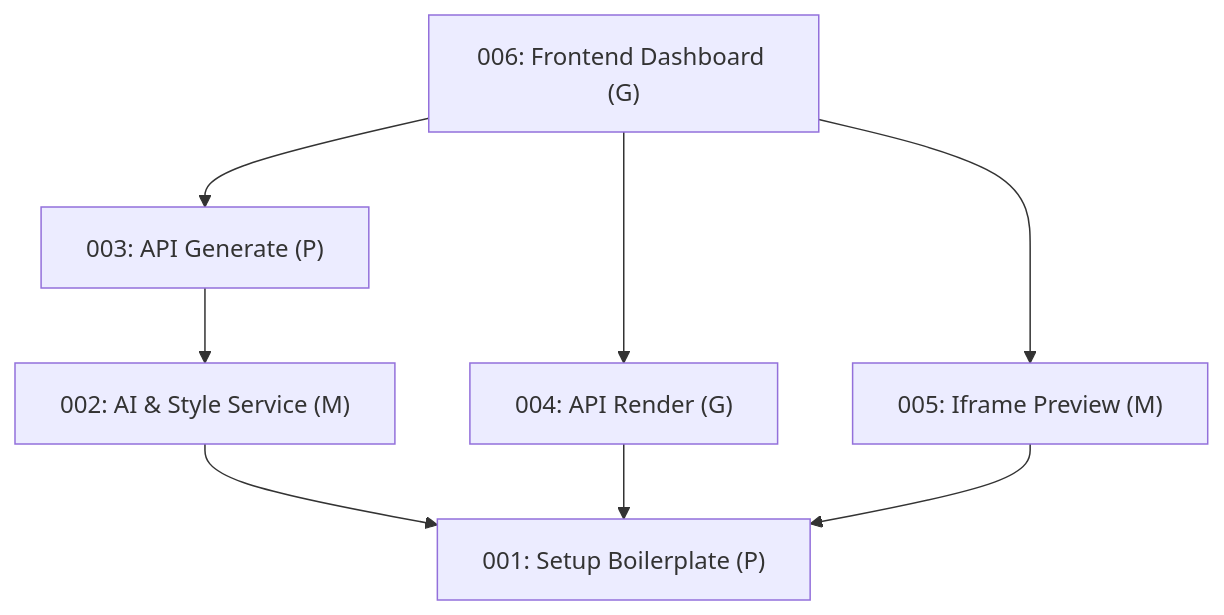
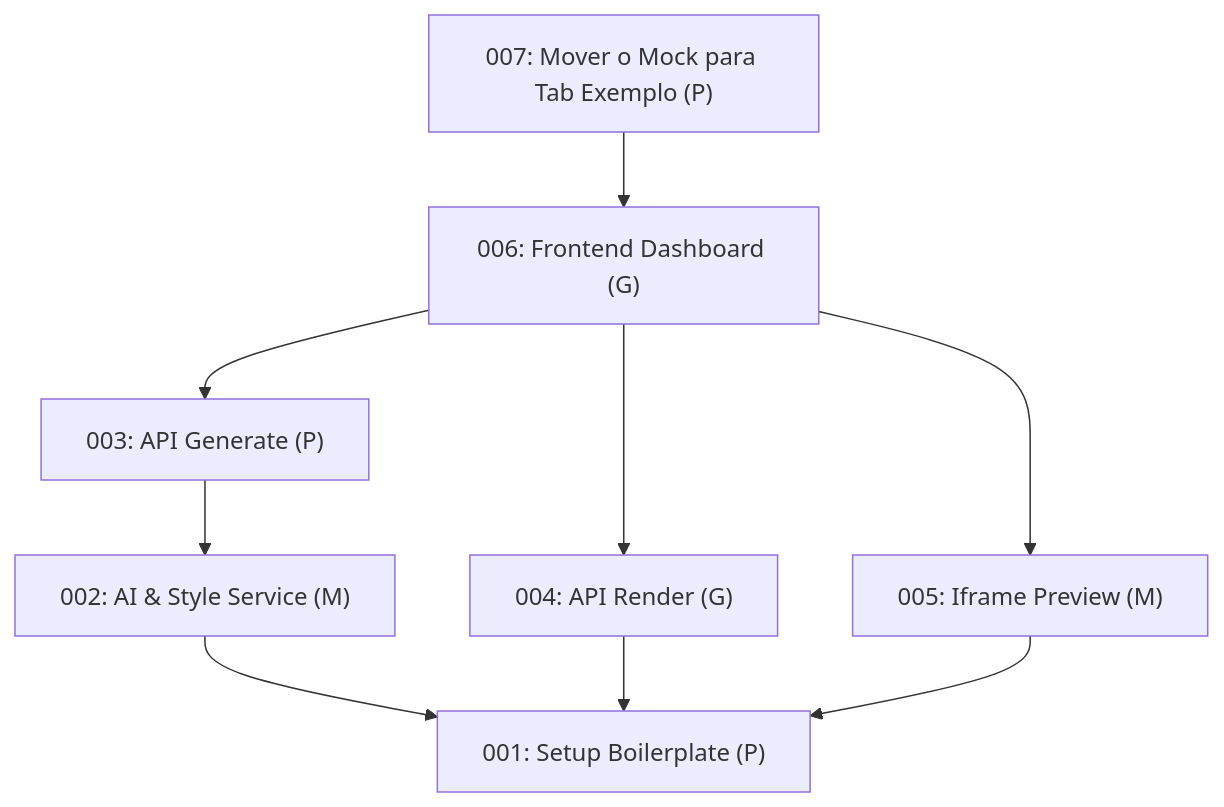
Before and after one commit to rafacdomin/posts-ai: the diagram in .epic/EPIC_TRACKER.md, drawn with Mermaid. The commit also changed other lines of this file and 6 other files, not shown here.

````diff
--- a/.epic/EPIC_TRACKER.md
+++ b/.epic/EPIC_TRACKER.md
@@ -33,17 +34,19 @@
 ```mermaid
 graph TD
     001["001: Setup Boilerplate (P)"]
     002["002: AI & Style Service (M)"]
     003["003: API Generate (P)"]
     004["004: API Render (G)"]
     005["005: Iframe Preview (M)"]
     006["006: Frontend Dashboard (G)"]
+    007["007: Mover o Mock para Tab Exemplo (P)"]
 
     002 --> 001
     003 --> 002
     004 --> 001
     005 --> 001
     006 --> 003
     006 --> 004
     006 --> 005
+    007 --> 006
 ```
````
